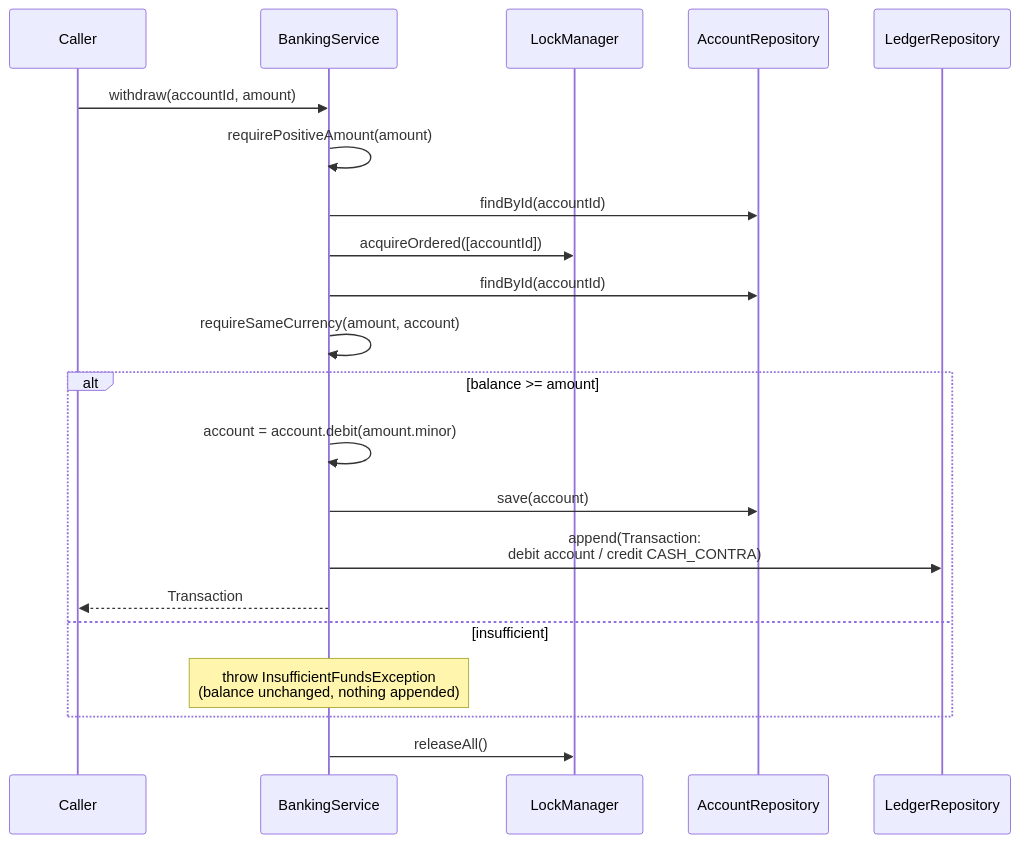
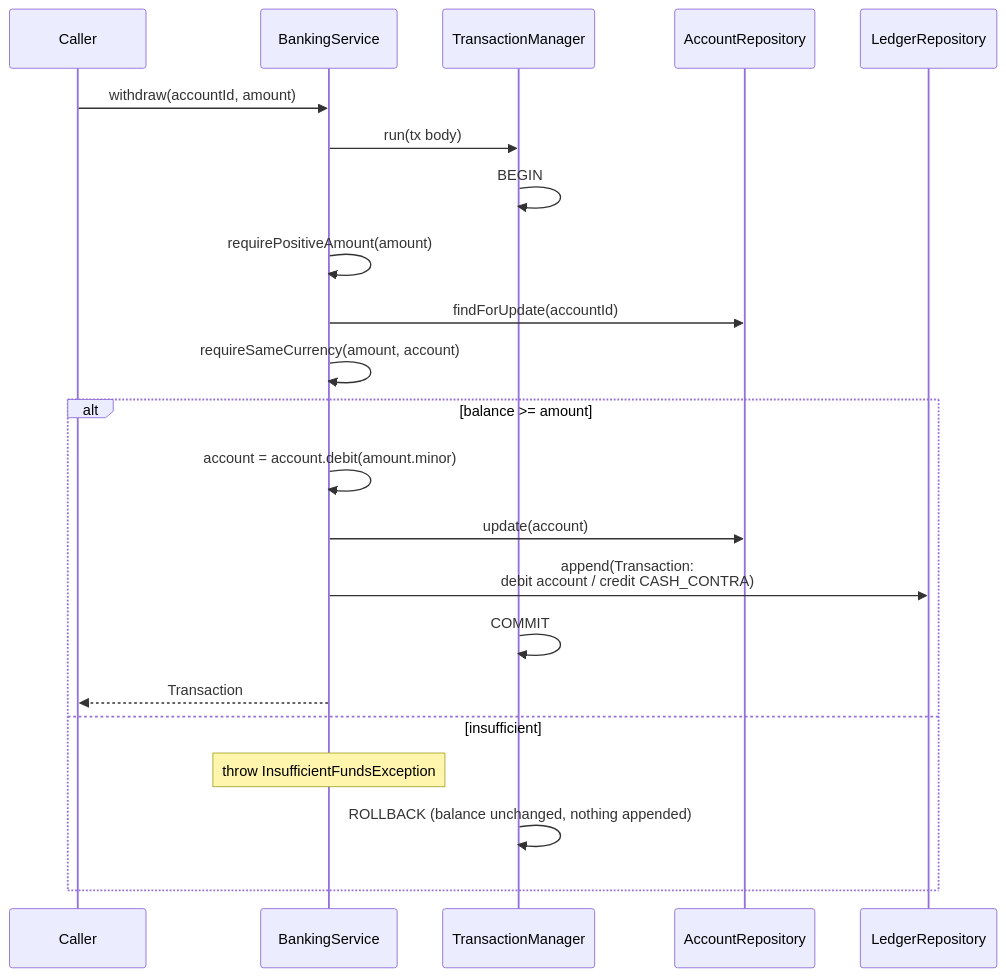
One commit to ngaikkeung/firstcircle-banking changed the second of 7 diagrams in doc/operation-flows.md. Above: the diagram before and after it, drawn with Mermaid. The commit also changed other lines of this file and 33 other files, not shown here.

````diff
--- a/doc/operation-flows.md
+++ b/doc/operation-flows.md
@@ -42,24 +47,25 @@
 ```mermaid
 sequenceDiagram
     participant C as Caller
     participant S as BankingService
-    participant L as LockManager
+    participant TM as TransactionManager
     participant R as AccountRepository
     participant G as LedgerRepository
 
     C->>S: withdraw(accountId, amount)
+    S->>TM: run(tx body)
+    TM->>TM: BEGIN
     S->>S: requirePositiveAmount(amount)
-    S->>R: findById(accountId)
-    S->>L: acquireOrdered([accountId])
-    S->>R: findById(accountId)
+    S->>R: findForUpdate(accountId)
     S->>S: requireSameCurrency(amount, account)
     alt balance >= amount
         S->>S: account = account.debit(amount.minor)
-        S->>R: save(account)
+        S->>R: update(account)
         S->>G: append(Transaction:<br/>debit account / credit CASH_CONTRA)
+        TM->>TM: COMMIT
         S-->>C: Transaction
     else insufficient
-        Note over S: throw InsufficientFundsException<br/>(balance unchanged, nothing appended)
+        Note over S: throw InsufficientFundsException
+        TM->>TM: ROLLBACK (balance unchanged, nothing appended)
     end
-    S->>L: releaseAll()
 ```
````
